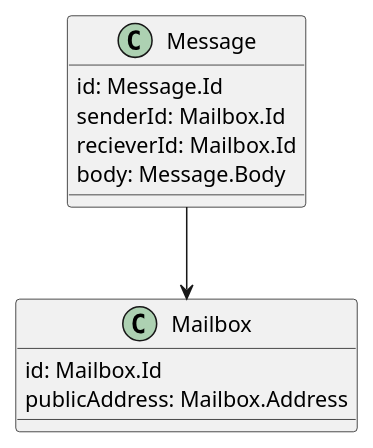
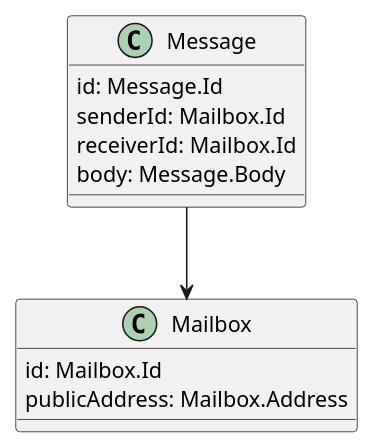
The diagram in doc/uml/model.puml (vityaman/lecture-2023-spring), drawn with PlantUML before and after one commit. The commit also changed 2 other files, not shown here.

```diff
--- a/doc/uml/model.puml
+++ b/doc/uml/model.puml
@@ -1,17 +1,17 @@
 @startuml "Model"
 
 class Mailbox {
   id: Mailbox.Id
   publicAddress: Mailbox.Address
 }
 
 class Message {
   id: Message.Id
   senderId: Mailbox.Id
-  recieverId: Mailbox.Id
+  receiverId: Mailbox.Id
   body: Message.Body
 }
 
 Message --> Mailbox
 
 @enduml
```
